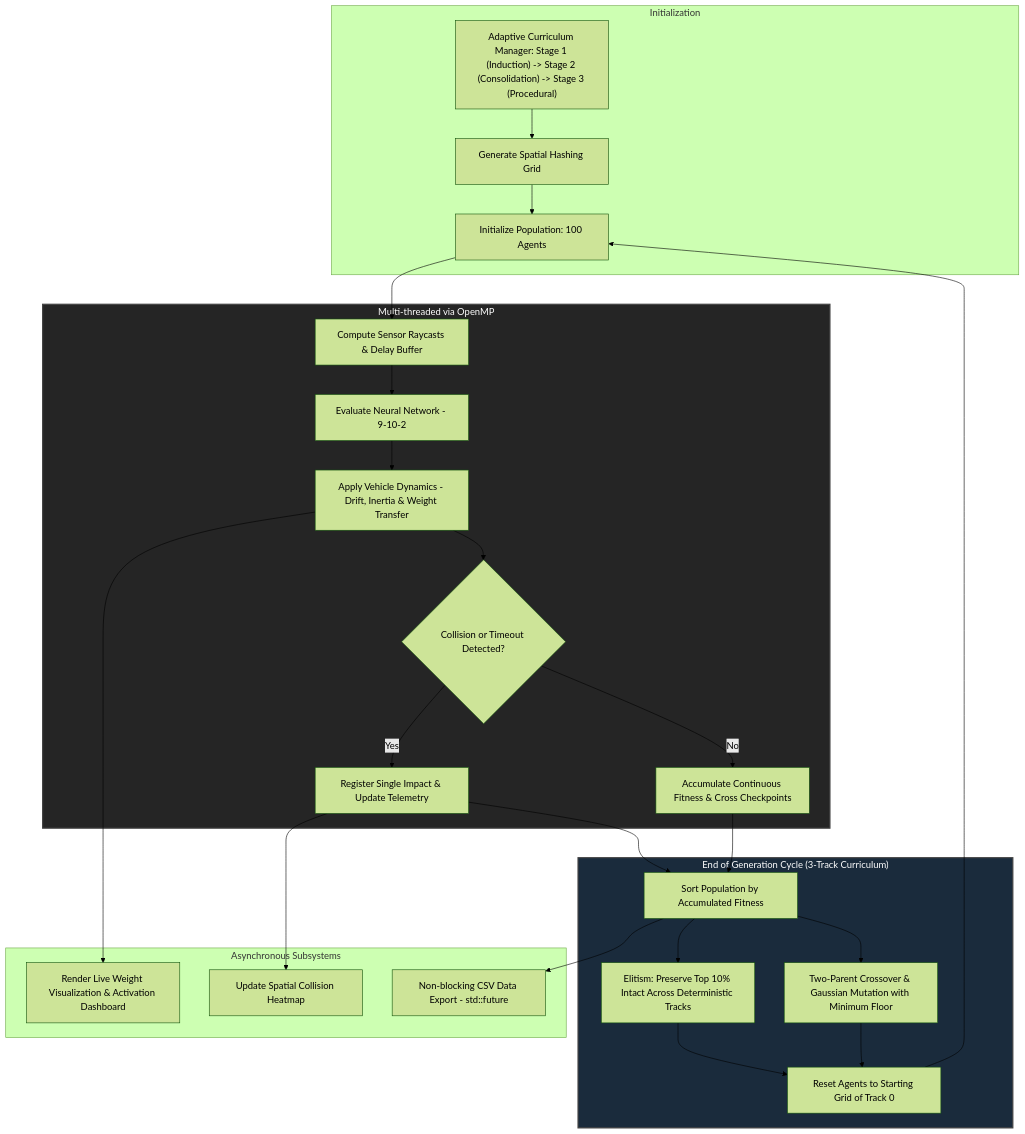
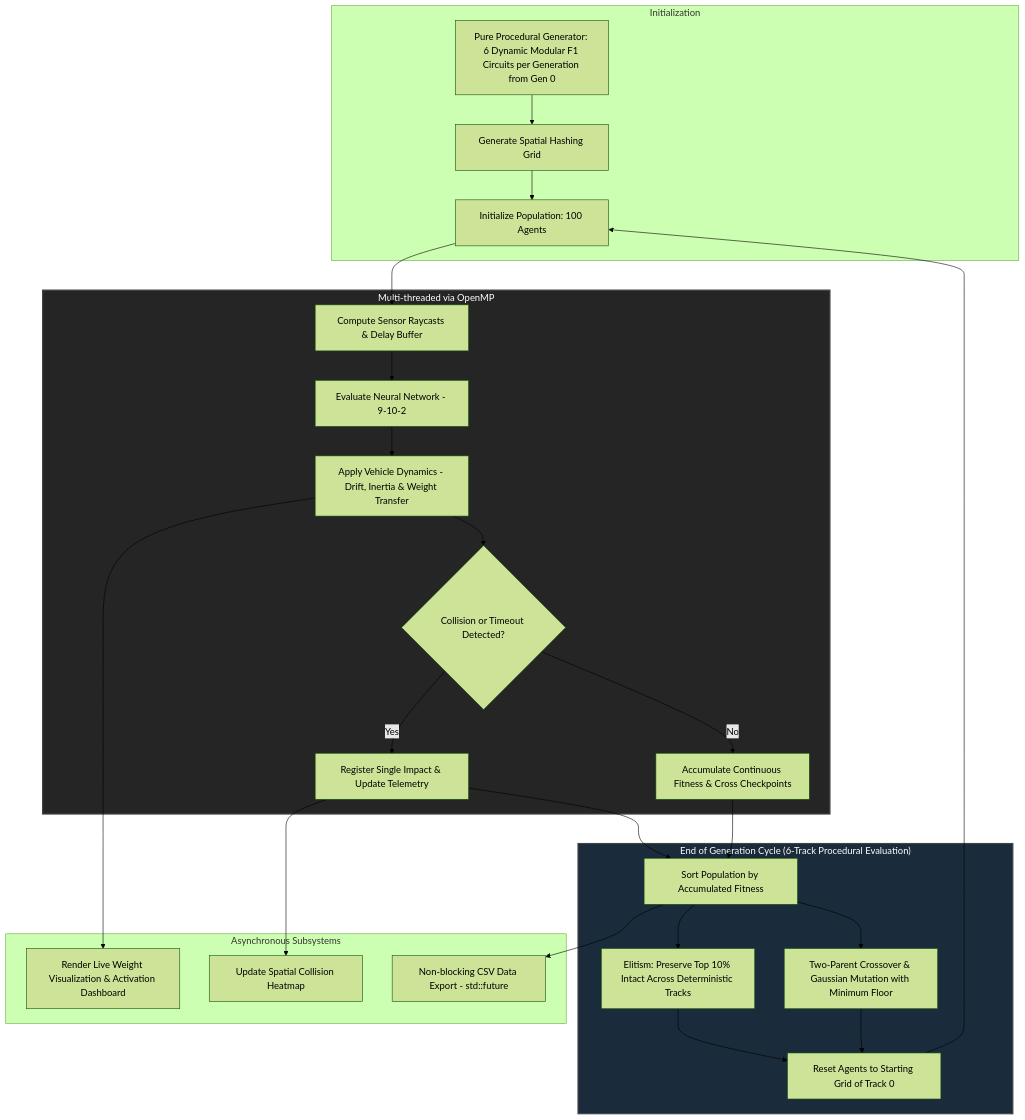
Before and after one commit to jorgebd21/NeuralRacer-CPP: the diagram in README.md, drawn with Mermaid (forest theme). The commit also changed other lines of this file and 3 other files, not shown here.

Commit message:
feat: implement pure procedural multi-circuit evaluation with 6 f1 tracks per generation

````diff
--- a/README.md
+++ b/README.md
@@ -50,33 +50,33 @@
 ```mermaid
 flowchart TD
     subgraph Initialization
-        A["Adaptive Curriculum Manager: Stage 1 (Induction) -> Stage 2 (Consolidation) -> Stage 3 (Procedural)"] --> B[Generate Spatial Hashing Grid]
+        A["Pure Procedural Generator: 6 Dynamic Modular F1 Circuits per Generation from Gen 0"] --> B[Generate Spatial Hashing Grid]
         B --> C[Initialize Population: 100 Agents]
     end
 
     subgraph ParallelLoop ["Multi-threaded via OpenMP"]
         C --> D[Compute Sensor Raycasts & Delay Buffer]
         D --> E[Evaluate Neural Network - 9-10-2]
         E --> F[Apply Vehicle Dynamics - Drift, Inertia & Weight Transfer]
         F --> G{Collision or Timeout Detected?}
         G -- Yes --> H[Register Single Impact & Update Telemetry]
         G -- No --> I[Accumulate Continuous Fitness & Cross Checkpoints]
     end
 
-    subgraph EvolutionaryPipeline ["End of Generation Cycle (3-Track Curriculum)"]
+    subgraph EvolutionaryPipeline ["End of Generation Cycle (6-Track Procedural Evaluation)"]
         H & I --> J[Sort Population by Accumulated Fitness]
         J --> K[Elitism: Preserve Top 10% Intact Across Deterministic Tracks]
         J --> L[Two-Parent Crossover & Gaussian Mutation with Minimum Floor]
         K & L --> M[Reset Agents to Starting Grid of Track 0]
         M --> C
     end
 
     subgraph AsyncSubsystems ["Asynchronous Subsystems"]
         F --> N[Render Live Weight Visualization & Activation Dashboard]
         H --> O[Update Spatial Collision Heatmap]
         J --> P[Non-blocking CSV Data Export - std::future]
     end
 
     style ParallelLoop fill:#252525,stroke:#444,stroke-width:2px,color:#fff
     style EvolutionaryPipeline fill:#1a2b3c,stroke:#444,stroke-width:2px,color:#fff
 ```
````
